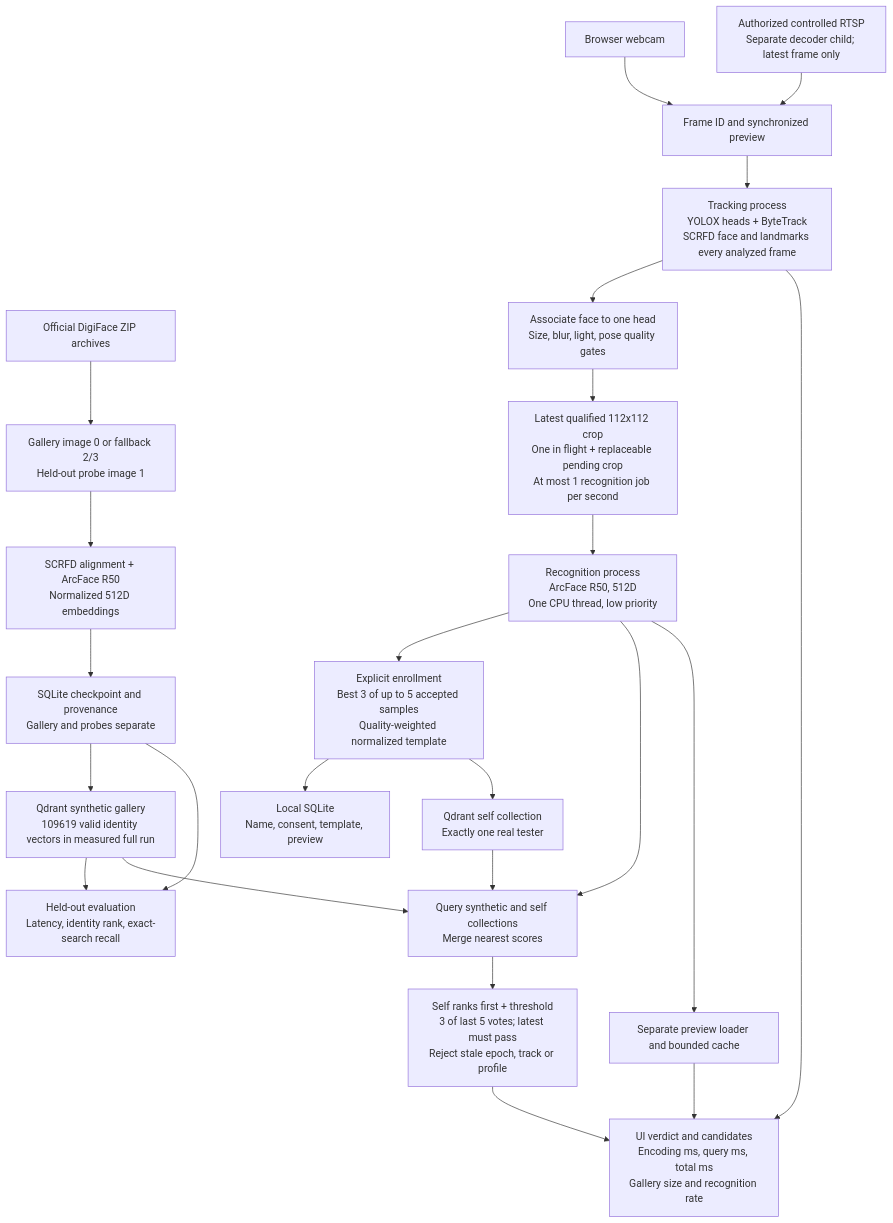
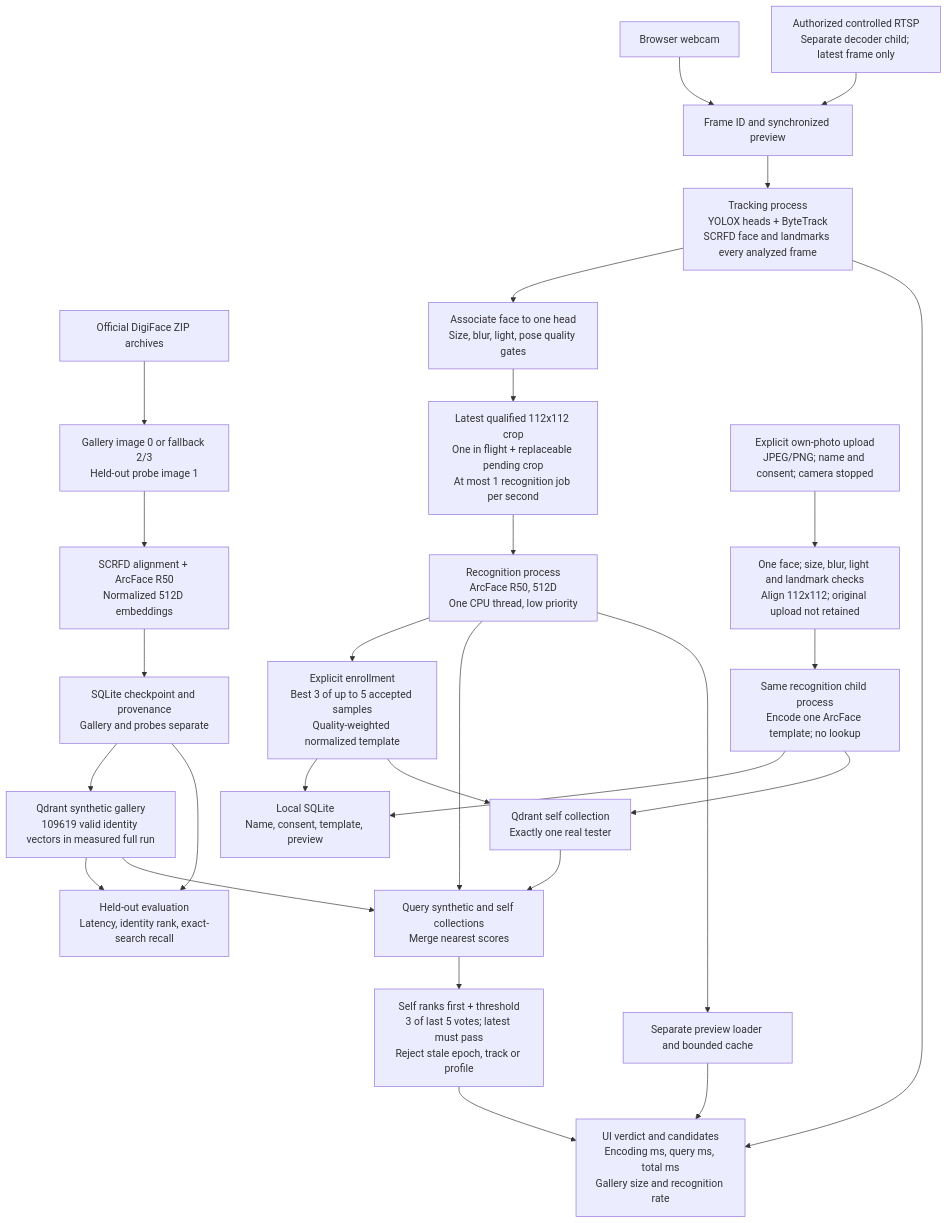
The diagram in face_id_poc/research_demo/ARCHITECTURE.md (ashutoshbk/face_recognition), drawn with Mermaid before and after one commit. The commit also changed other lines of this file and 14 other files, not shown here.

Commit message:
Fix self-test enrollment resets and add explicit photo registration

````diff
--- a/face_id_poc/research_demo/ARCHITECTURE.md
+++ b/face_id_poc/research_demo/ARCHITECTURE.md
@@ -8,27 +8,31 @@
 ```mermaid
 flowchart TB
   D[Official DigiFace ZIP archives] --> SPLIT[Gallery image 0 or fallback 2/3\nHeld-out probe image 1]
   SPLIT --> OFF[SCRFD alignment + ArcFace R50\nNormalized 512D embeddings]
   OFF --> CK[SQLite checkpoint and provenance\nGallery and probes separate]
   CK --> SYN[Qdrant synthetic gallery\n109619 valid identity vectors in measured full run]
   CK --> BENCH[Held-out evaluation\nLatency, identity rank, exact-search recall]
   SYN --> BENCH
 
   WEB[Browser webcam] --> FRAME[Frame ID and synchronized preview]
   RTSP[Authorized controlled RTSP\nSeparate decoder child; latest frame only] --> FRAME
   FRAME --> TRACK[Tracking process\nYOLOX heads + ByteTrack\nSCRFD face and landmarks every analyzed frame]
   TRACK --> GATE[Associate face to one head\nSize, blur, light, pose quality gates]
   GATE --> IPC[Latest qualified 112x112 crop\nOne in flight + replaceable pending crop\nAt most 1 recognition job per second]
   IPC --> REC[Recognition process\nArcFace R50, 512D\nOne CPU thread, low priority]
   REC --> REG[Explicit enrollment\nBest 3 of up to 5 accepted samples\nQuality-weighted normalized template]
   REG --> LOCAL[Local SQLite\nName, consent, template, preview]
   REG --> SELF[Qdrant self collection\nExactly one real tester]
+  PHOTO[Explicit own-photo upload\nJPEG/PNG; name and consent; camera stopped] --> PQ[One face; size, blur, light and landmark checks\nAlign 112x112; original upload not retained]
+  PQ --> PR[Same recognition child process\nEncode one ArcFace template; no lookup]
+  PR --> LOCAL
+  PR --> SELF
   REC --> QUERY[Query synthetic and self collections\nMerge nearest scores]
   SYN --> QUERY
   SELF --> QUERY
   QUERY --> VOTE[Self ranks first + threshold\n3 of last 5 votes; latest must pass\nReject stale epoch, track or profile]
   VOTE --> UI[UI verdict and candidates\nEncoding ms, query ms, total ms\nGallery size and recognition rate]
   TRACK --> UI
   REC --> PRE[Separate preview loader and bounded cache]
   PRE --> UI
 ```
````
